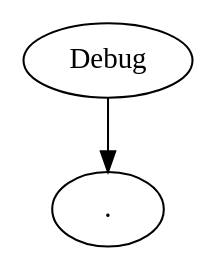
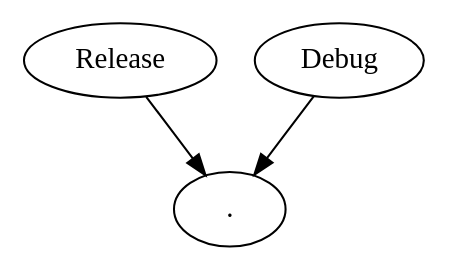
Before and after one commit to milasudril/maike: the diagram in dependencies.dot, drawn with Graphviz. The commit also changed 12 other files, not shown here.

```diff
--- a/dependencies.dot
+++ b/dependencies.dot
@@ -1,4 +1,5 @@
 digraph DependencyGraph
 	{
+	"Release"->".";
 	"Debug"->".";
 	}
```
